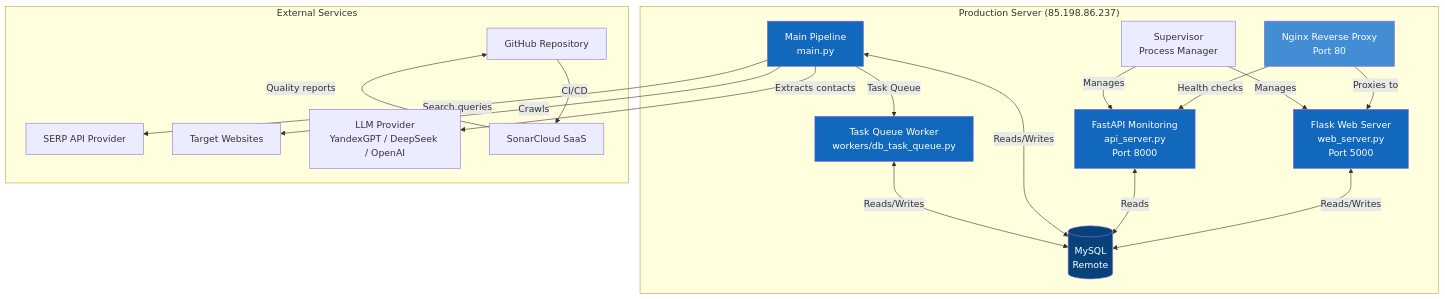
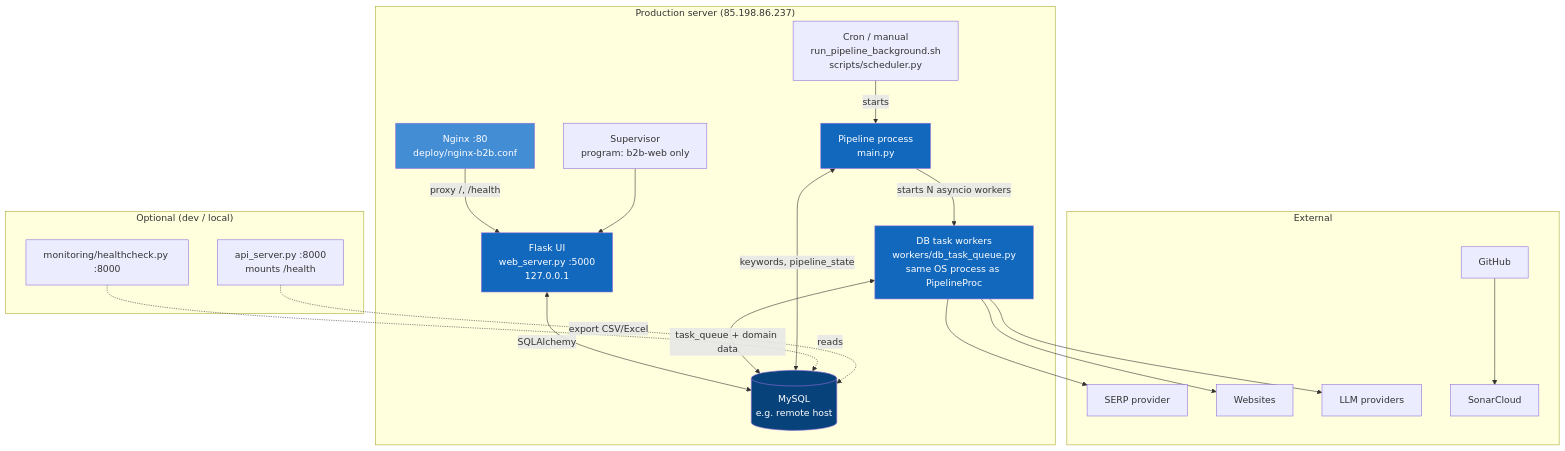
The second of 8 diagrams in doc/C4_ARCHITECTURE.md (hauptmann1971/b2b-contact-miner), drawn with Mermaid before and after one commit. The commit also changed other lines of this file, not shown here.

First line of the commit message:
Rewrite C4 diagrams to match DB task queue architecture.

````diff
--- a/doc/C4_ARCHITECTURE.md
+++ b/doc/C4_ARCHITECTURE.md
@@ -34,38 +46,45 @@
 ```mermaid
 graph TB
-    subgraph "Production Server (85.198.86.237)"
-        Nginx[Nginx Reverse Proxy<br/>Port 80] -->|Proxies to| FlaskApp[Flask Web Server<br/>web_server.py<br/>Port 5000]
-        Nginx -->|Health checks| FastAPI[FastAPI Monitoring<br/>api_server.py<br/>Port 8000]
-        
-        FlaskApp <-->|Reads/Writes| MySQL[(MySQL<br/>Remote)]
-        FastAPI <-->|Reads| MySQL
-        MainPipeline[Main Pipeline<br/>main.py] <-->|Reads/Writes| MySQL
-        MainPipeline -->|Task Queue| TaskQueue[Task Queue Worker<br/>workers/db_task_queue.py]
-        TaskQueue <-->|Reads/Writes| MySQL
-        
-        Supervisor[Supervisor<br/>Process Manager] -->|Manages| FlaskApp
-        Supervisor -->|Manages| FastAPI
+    subgraph Prod["Production server (85.198.86.237)"]
+        Nginx[Nginx :80<br/>deploy/nginx-b2b.conf]
+        Flask[Flask UI<br/>web_server.py :5000<br/>127.0.0.1]
+        PipelineProc[Pipeline process<br/>main.py]
+        Workers[DB task workers<br/>workers/db_task_queue.py<br/>same OS process as PipelineProc]
+        Supervisor[Supervisor<br/>program: b2b-web only]
+        Cron[Cron / manual<br/>run_pipeline_background.sh<br/>scripts/scheduler.py]
+
+        Nginx -->|proxy /, /health| Flask
+        Supervisor --> Flask
+        Cron -->|starts| PipelineProc
+        PipelineProc -->|starts N asyncio workers| Workers
+        Flask <-->|SQLAlchemy| MySQL[(MySQL<br/>e.g. remote host)]
+        Workers <-->|task_queue + domain data| MySQL
+        PipelineProc <-->|keywords, pipeline_state| MySQL
     end
-    
-    subgraph "External Services"
-        SERP[SERP API Provider]
-        Websites[Target Websites]
-        LLM[LLM Provider<br/>YandexGPT / DeepSeek / OpenAI]
-        GitHub[GitHub Repository]
-        SonarCloud[SonarCloud SaaS]
+
+    subgraph DevOptional["Optional (dev / local)"]
+        HealthAPI[monitoring/healthcheck.py :8000]
+        ExportAPI[api_server.py :8000<br/>mounts /health]
     end
-    
-    MainPipeline -->|Search queries| SERP
-    MainPipeline -->|Crawls| Websites
-    MainPipeline -->|Extracts contacts| LLM
-    
-    GitHub -->|CI/CD| SonarCloud
-    SonarCloud -->|Quality reports| GitHub
-    
-    style FlaskApp fill:#1168bd,color:#fff
-    style FastAPI fill:#1168bd,color:#fff
-    style MainPipeline fill:#1168bd,color:#fff
-    style TaskQueue fill:#1168bd,color:#fff
+
+    subgraph External["External"]
+        SERP[SERP provider]
+        Sites[Websites]
+        LLM[LLM providers]
+        GH[GitHub]
+        SC[SonarCloud]
+    end
+
+    Workers --> SERP
+    Workers --> Sites
+    Workers --> LLM
+    HealthAPI -.->|reads| MySQL
+    ExportAPI -.->|export CSV/Excel| MySQL
+    GH --> SC
+
+    style Flask fill:#1168bd,color:#fff
+    style PipelineProc fill:#1168bd,color:#fff
+    style Workers fill:#1168bd,color:#fff
     style MySQL fill:#08427b,color:#fff
     style Nginx fill:#438dd5,color:#fff
 ```
````
